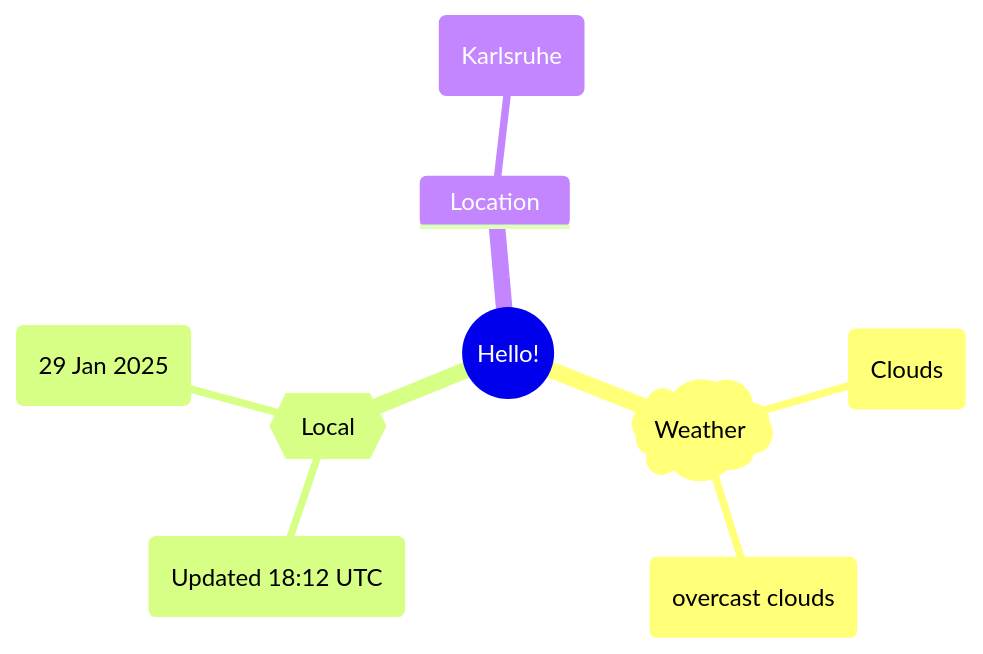
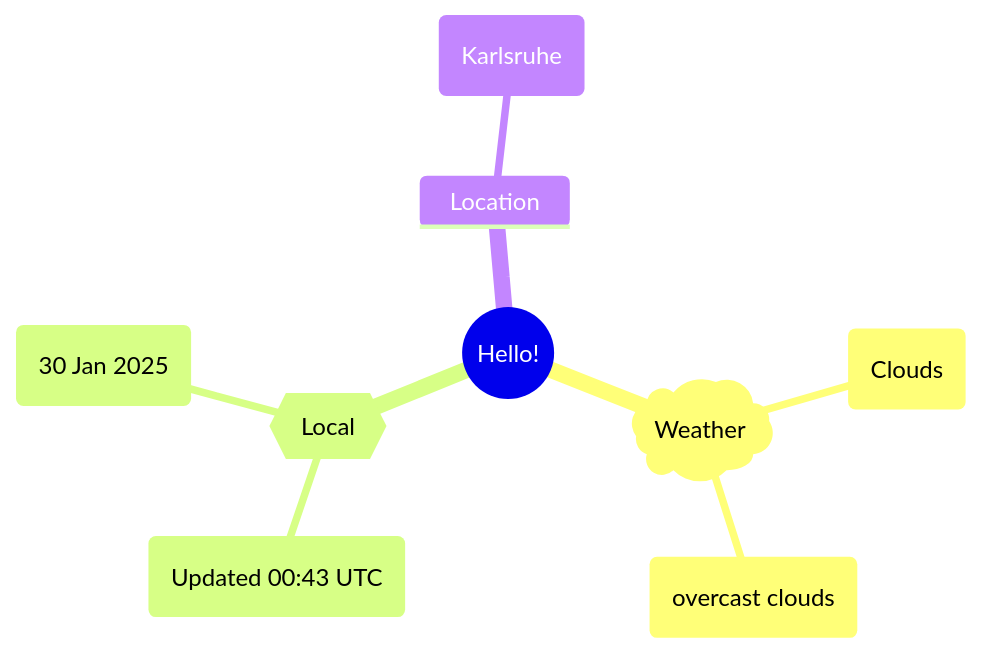
One commit to Xosrov/Xosrov changed the first of 2 diagrams in README.md. Above: the diagram before and after it, drawn with Mermaid.

Commit message:
[bot] updated images

````diff
--- a/README.md
+++ b/README.md
@@ -3,12 +3,12 @@
 ```mermaid
 mindmap
   root((Hello!))
     )Weather(
         (Clouds)
         (overcast clouds)
     {{Local}}
-        (Updated 18:12 UTC)
-        (29 Jan 2025)
+        (Updated 00:43 UTC)
+        (30 Jan 2025)
     Location
         (Karlsruhe)
 ```
````
